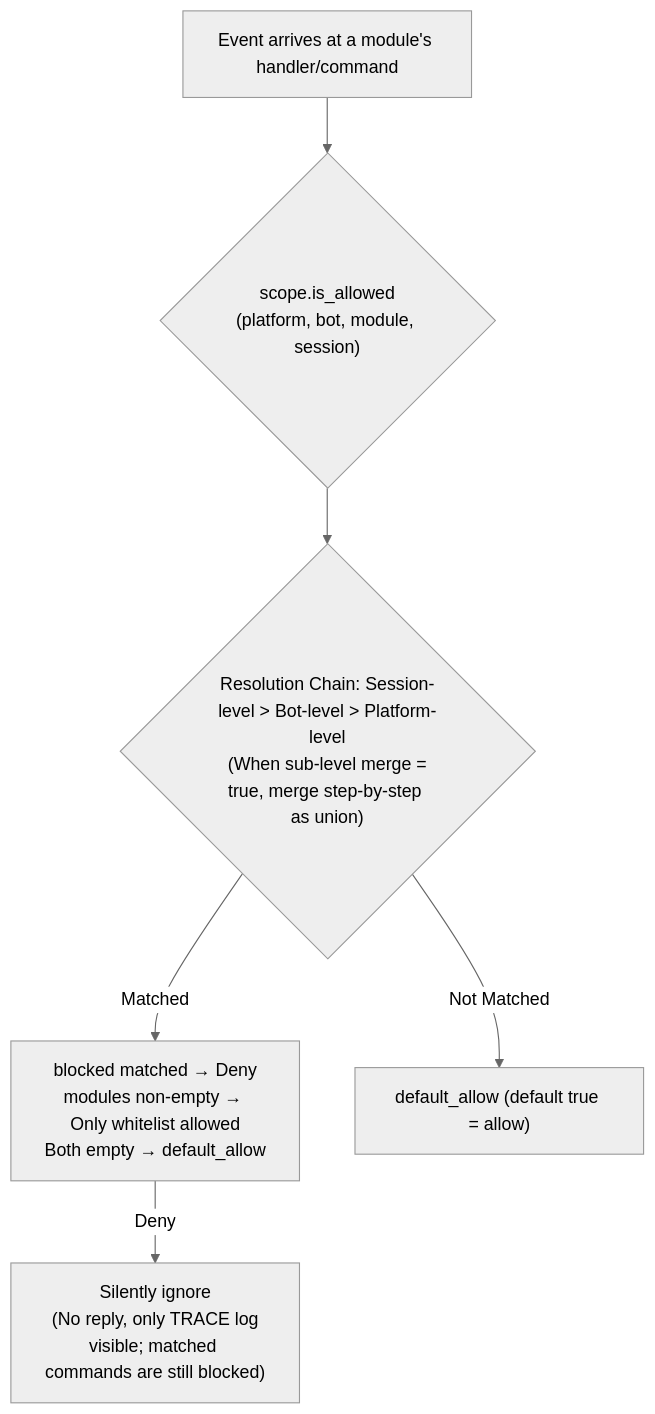
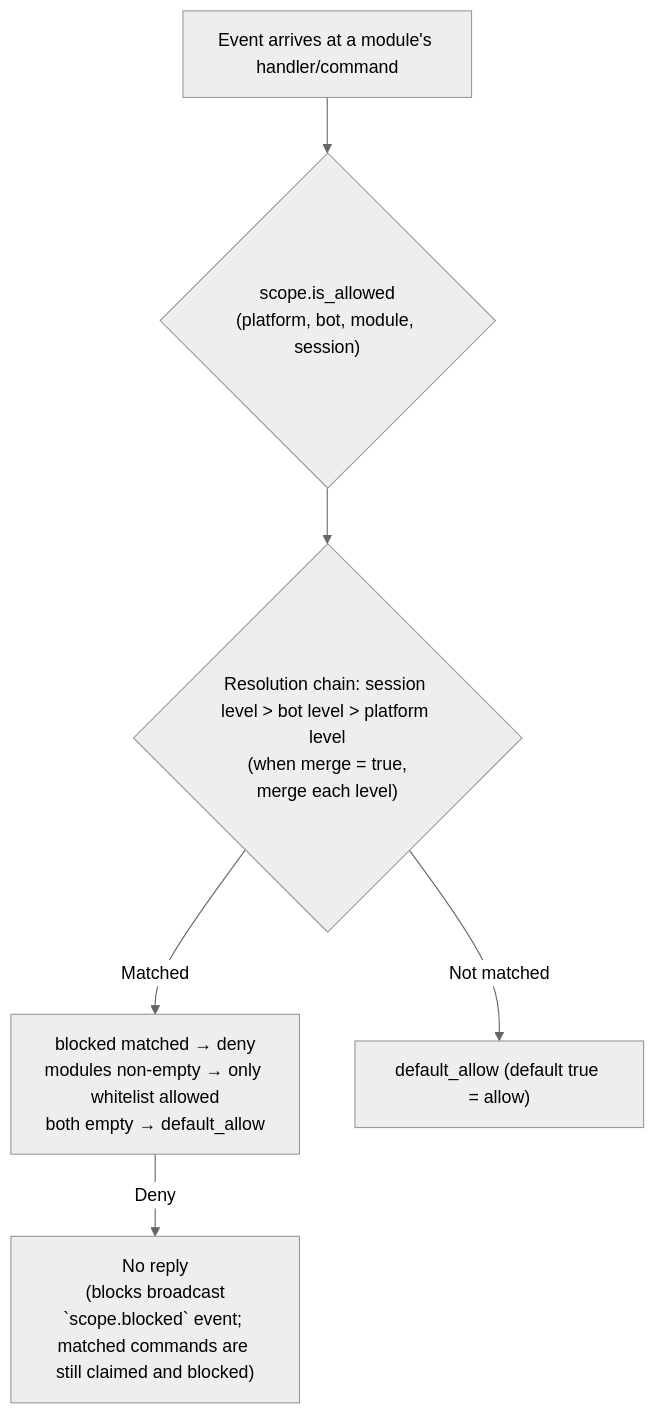
One commit to ErisPulse/ErisPulse changed the diagram in docs/en/advanced/scope.md. Above: the diagram before and after it, drawn with Mermaid (neutral theme). The commit also changed other lines of this file and 23 other files, not shown here.

````diff
--- a/docs/en/advanced/scope.md
+++ b/docs/en/advanced/scope.md
@@ -87,8 +93,8 @@
 ```mermaid
 flowchart TD
     A["Event arrives at a module's handler/command"] --> B{"scope.is_allowed<br/>(platform, bot, module, session)"}
-    B --> C{"Resolution Chain: Session-level > Bot-level > Platform-level<br/> (When sub-level merge = true, merge step-by-step as union)"}
-    C -->|"Matched"| D["blocked matched → Deny<br/>modules non-empty → Only whitelist allowed<br/>Both empty → default_allow"]
-    C -->|"Not Matched"| E["default_allow (default true = allow)"]
-    D -->|"Deny"| Z["Silently ignore<br/> (No reply, only TRACE log visible; matched commands are still blocked)"]
+    B --> C{"Resolution chain: session level > bot level > platform level<br/> (when merge = true, merge each level)"}
+    C -->|"Matched"| D["blocked matched → deny<br/>modules non-empty → only whitelist allowed<br/>both empty → default_allow"]
+    C -->|"Not matched"| E["default_allow (default true = allow)"]
+    D -->|"Deny"| Z["No reply<br/> (blocks broadcast `scope.blocked` event; matched commands are still claimed and blocked)"]
 ```
````
